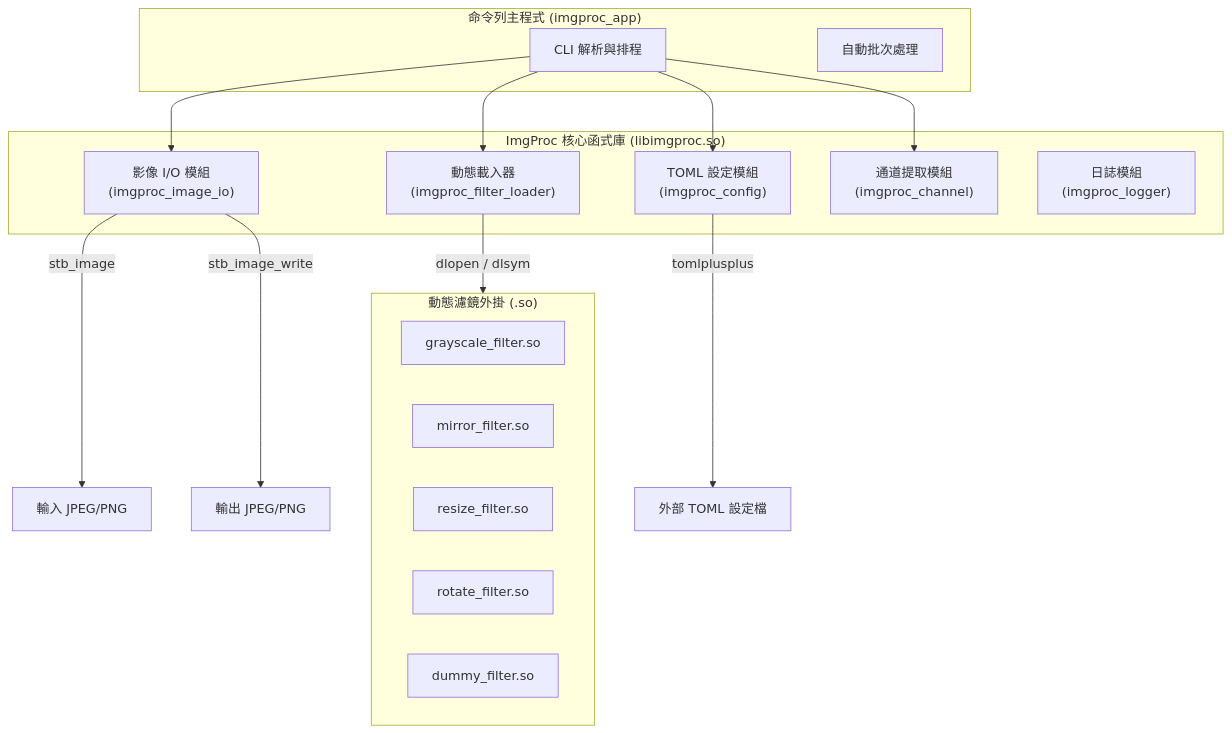
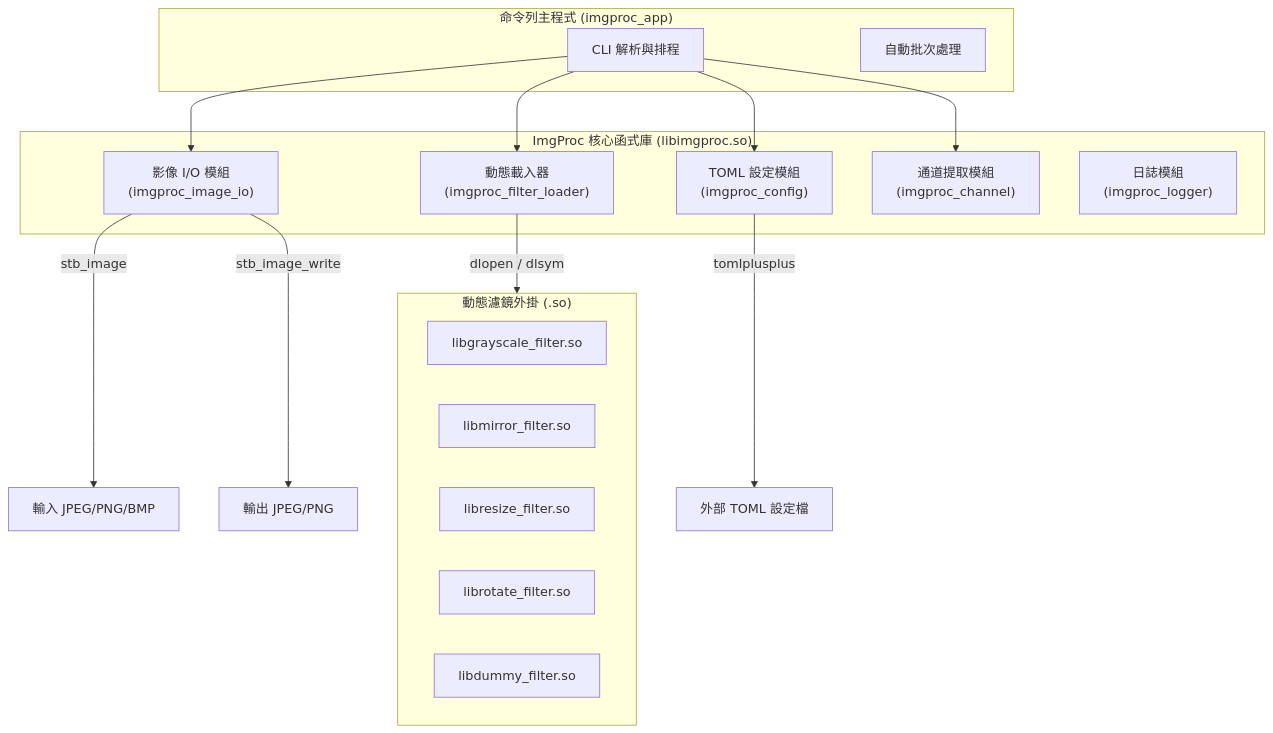
The diagram in README.md (tttsaics/20260722imgproc), drawn with Mermaid before and after one commit. The commit also changed other lines of this file and 5 other files, not shown here.

````diff
--- a/README.md
+++ b/README.md
@@ -25,32 +25,32 @@
 ```mermaid
 flowchart TD
     subgraph CLI_App ["命令列主程式 (imgproc_app)"]
         Main["CLI 解析與排程"]
         Batch["自動批次處理"]
     end
 
     subgraph Core_SDK ["ImgProc 核心函式庫 (libimgproc.so)"]
         Config["TOML 設定模組\n(imgproc_config)"]
         Loader["動態載入器\n(imgproc_filter_loader)"]
         IO["影像 I/O 模組\n(imgproc_image_io)"]
         Channel["通道提取模組\n(imgproc_channel)"]
         Logger["日誌模組\n(imgproc_logger)"]
     end
 
     subgraph Dynamic_Filters ["動態濾鏡外掛 (.so)"]
-        Grayscale["grayscale_filter.so"]
-        Mirror["mirror_filter.so"]
-        Resize["resize_filter.so"]
-        Rotate["rotate_filter.so"]
-        Dummy["dummy_filter.so"]
+        Grayscale["libgrayscale_filter.so"]
+        Mirror["libmirror_filter.so"]
+        Resize["libresize_filter.so"]
+        Rotate["librotate_filter.so"]
+        Dummy["libdummy_filter.so"]
     end
 
     Main --> IO
     Main --> Loader
     Main --> Config
     Main --> Channel
     Loader -->|dlopen / dlsym| Dynamic_Filters
     Config -->|tomlplusplus| TOML["外部 TOML 設定檔"]
-    IO -->|stb_image| Input["輸入 JPEG/PNG"]
+    IO -->|stb_image| Input["輸入 JPEG/PNG/BMP"]
     IO -->|stb_image_write| Output["輸出 JPEG/PNG"]
 ```
````
